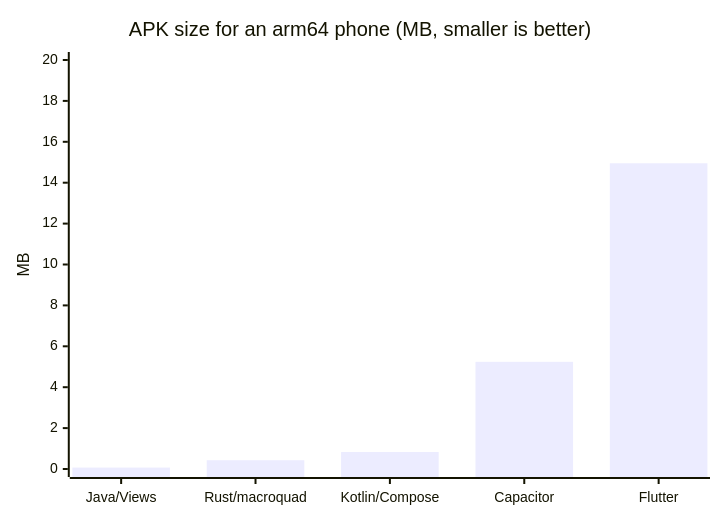
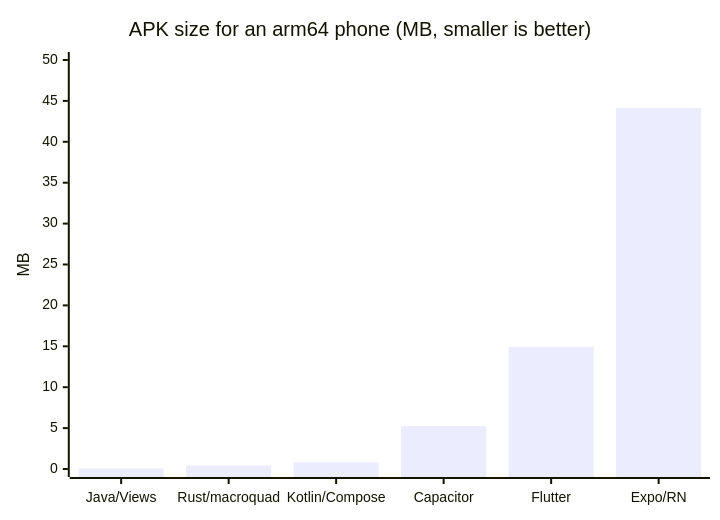
The diagram in README.md (OmiChrome/flappy-dash-android-bundle-test), drawn with Mermaid before and after one commit. The commit also changed other lines of this file, not shown here.

Commit message:
README: Expo per-ABI sizes from the EAS builds (arm64 44.1 MB)
Claude-Session: https://claude.ai/code/session_01W6uR6mSVH98TSpxq5HEWm8

````diff
--- a/README.md
+++ b/README.md
@@ -27,7 +27,7 @@
 ```mermaid
 xychart-beta
     title "APK size for an arm64 phone (MB, smaller is better)"
-    x-axis ["Java/Views", "Rust/macroquad", "Kotlin/Compose", "Capacitor", "Flutter"]
-    y-axis "MB" 0 --> 20
-    bar [0.07, 0.43, 0.83, 5.24, 14.95]
+    x-axis ["Java/Views", "Rust/macroquad", "Kotlin/Compose", "Capacitor", "Flutter", "Expo/RN"]
+    y-axis "MB" 0 --> 50
+    bar [0.07, 0.43, 0.83, 5.24, 14.95, 44.14]
 ```
````
